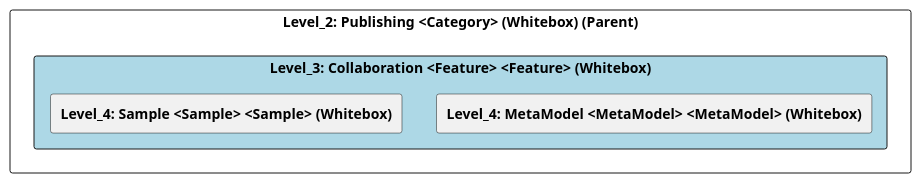
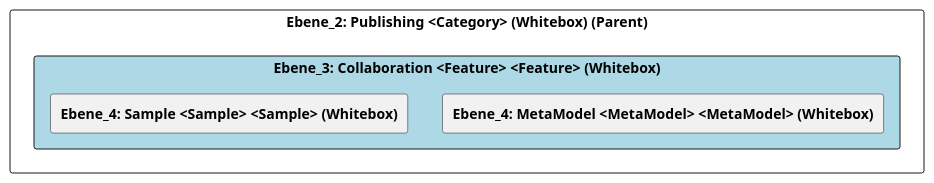
The diagram in doc/cleonproject_deliverables_architecture_model_architecture/adoc/de/05_bausteinsicht/cleon/publishing/collaboration/ebene_3_collaboration.adoc (marcozwyssig/cleon), drawn with PlantUML before and after one commit. The commit also changed other lines of this file and 258 other files, not shown here.

```diff
--- a/doc/cleonproject_deliverables_architecture_model_architecture/adoc/de/05_bausteinsicht/cleon/publishing/collaboration/ebene_3_collaboration.adoc
+++ b/doc/cleonproject_deliverables_architecture_model_architecture/adoc/de/05_bausteinsicht/cleon/publishing/collaboration/ebene_3_collaboration.adoc
@@ -24,25 +24,25 @@
-[plantuml, Level_3: Collaboration <Feature> <Feature> (Whitebox)BlockOverview, format="svg"]
+[plantuml, Ebene_3: Collaboration <Feature> <Feature> (Whitebox)BlockOverview, format="svg"]
 ----
-@startuml Level_3: Collaboration <Feature> <Feature> (Whitebox)BuildingBlockOverview
+@startuml Ebene_3: Collaboration <Feature> <Feature> (Whitebox)BuildingBlockOverview
 
 skinparam ranksep 10
 skinparam componentStyle rectangle
 skinparam shadowing false
 skinparam arrowColor lightblue
 skinparam arrowThickness 1.2
 skinparam rectangle {
   BackgroundColor White
   BorderColor #333
   RoundCorner 10
 }
 top to bottom direction
 
-component "Level_2: Publishing <Category> (Whitebox) (Parent)" {
-    component "Level_3: Collaboration <Feature> <Feature> (Whitebox)" #lightblue {
-        [**Level_4: MetaModel <MetaModel> <MetaModel> (Whitebox)**] as 4A56DE41_D579_11EE_903E_9F564E4DE07E
-        [**Level_4: Sample <Sample> <Sample> (Whitebox)**] as 4A56DE45_D579_11EE_903E_9F564E4DE07E
+component "Ebene_2: Publishing <Category> (Whitebox) (Parent)" {
+    component "Ebene_3: Collaboration <Feature> <Feature> (Whitebox)" #lightblue {
+        [**Ebene_4: MetaModel <MetaModel> <MetaModel> (Whitebox)**] as 4A56DE41_D579_11EE_903E_9F564E4DE07E
+        [**Ebene_4: Sample <Sample> <Sample> (Whitebox)**] as 4A56DE45_D579_11EE_903E_9F564E4DE07E
     }
 }
 
 @enduml
 ----
```
